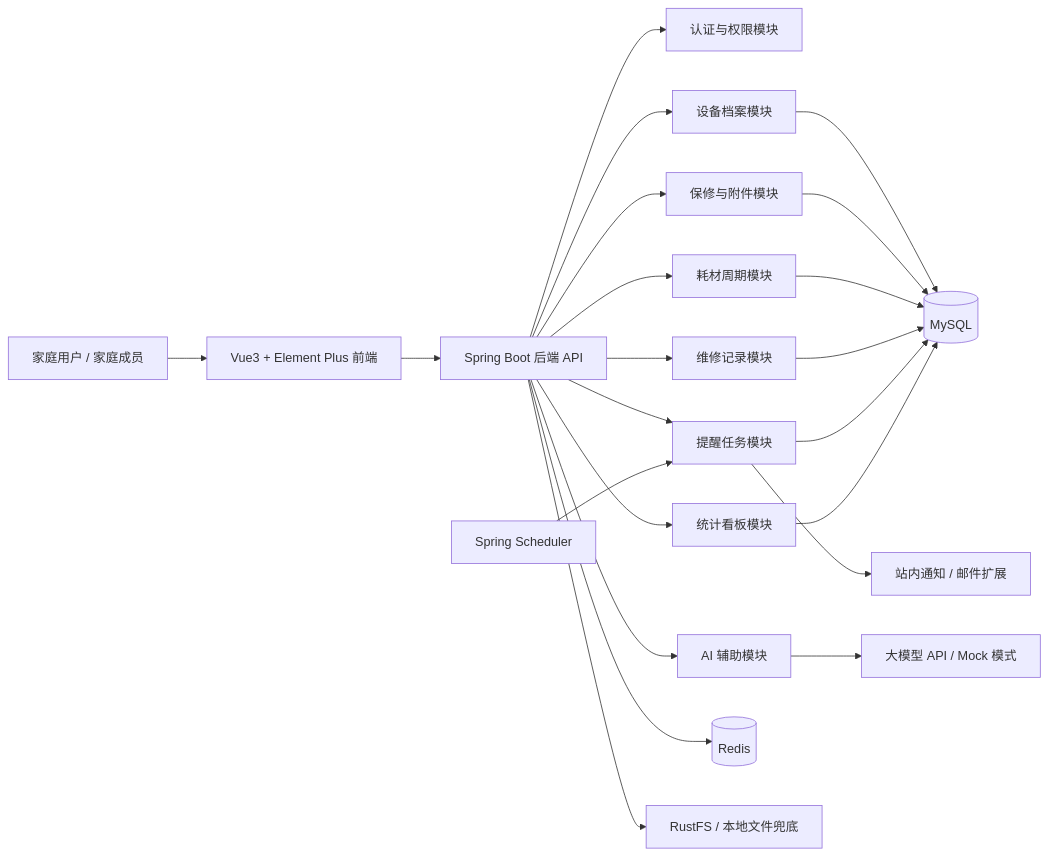
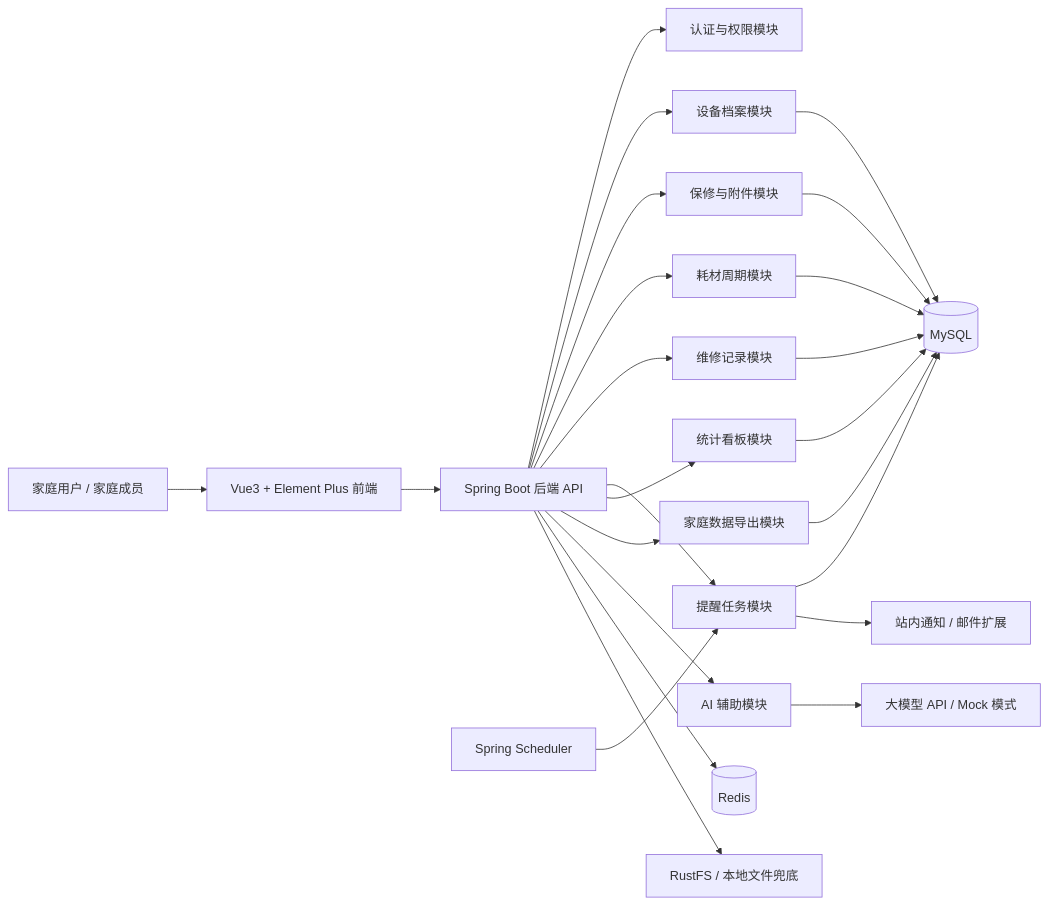
One commit to BQHM/fixledger changed the diagram in README.md. Above: the diagram before and after it, drawn with Mermaid. The commit also changed other lines of this file and 84 other files, not shown here.

````diff
--- a/README.md
+++ b/README.md
@@ -62,28 +62,30 @@
 ```mermaid
 flowchart LR
     User["家庭用户 / 家庭成员"] --> Web["Vue3 + Element Plus 前端"]
     Web --> API["Spring Boot 后端 API"]
 
     API --> Auth["认证与权限模块"]
     API --> Asset["设备档案模块"]
     API --> Warranty["保修与附件模块"]
     API --> Consumable["耗材周期模块"]
     API --> Maintenance["维修记录模块"]
     API --> Reminder["提醒任务模块"]
     API --> Dashboard["统计看板模块"]
+    API --> Export["家庭数据导出模块"]
     API --> AI["AI 辅助模块"]
 
     Asset --> MySQL[("MySQL")]
     Warranty --> MySQL
     Consumable --> MySQL
     Maintenance --> MySQL
     Reminder --> MySQL
     Dashboard --> MySQL
+    Export --> MySQL
 
     API --> Redis[("Redis")]
     API --> Storage["RustFS / 本地文件兜底"]
     AI --> LLM["大模型 API / Mock 模式"]
 
     Scheduler["Spring Scheduler"] --> Reminder
     Reminder --> Notify["站内通知 / 邮件扩展"]
 ```
````
